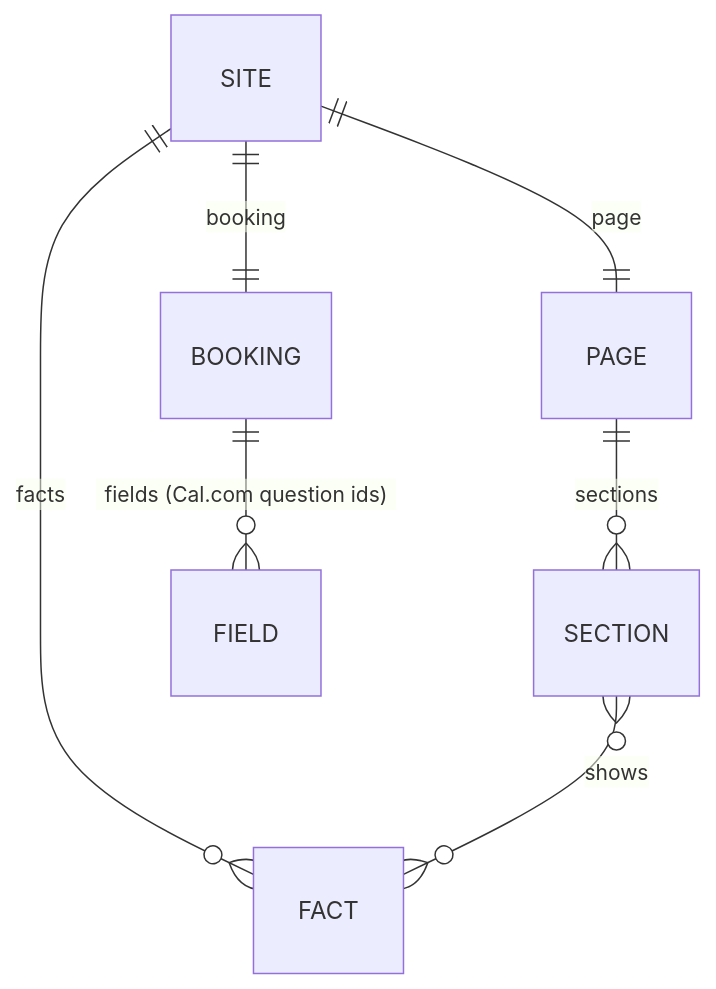
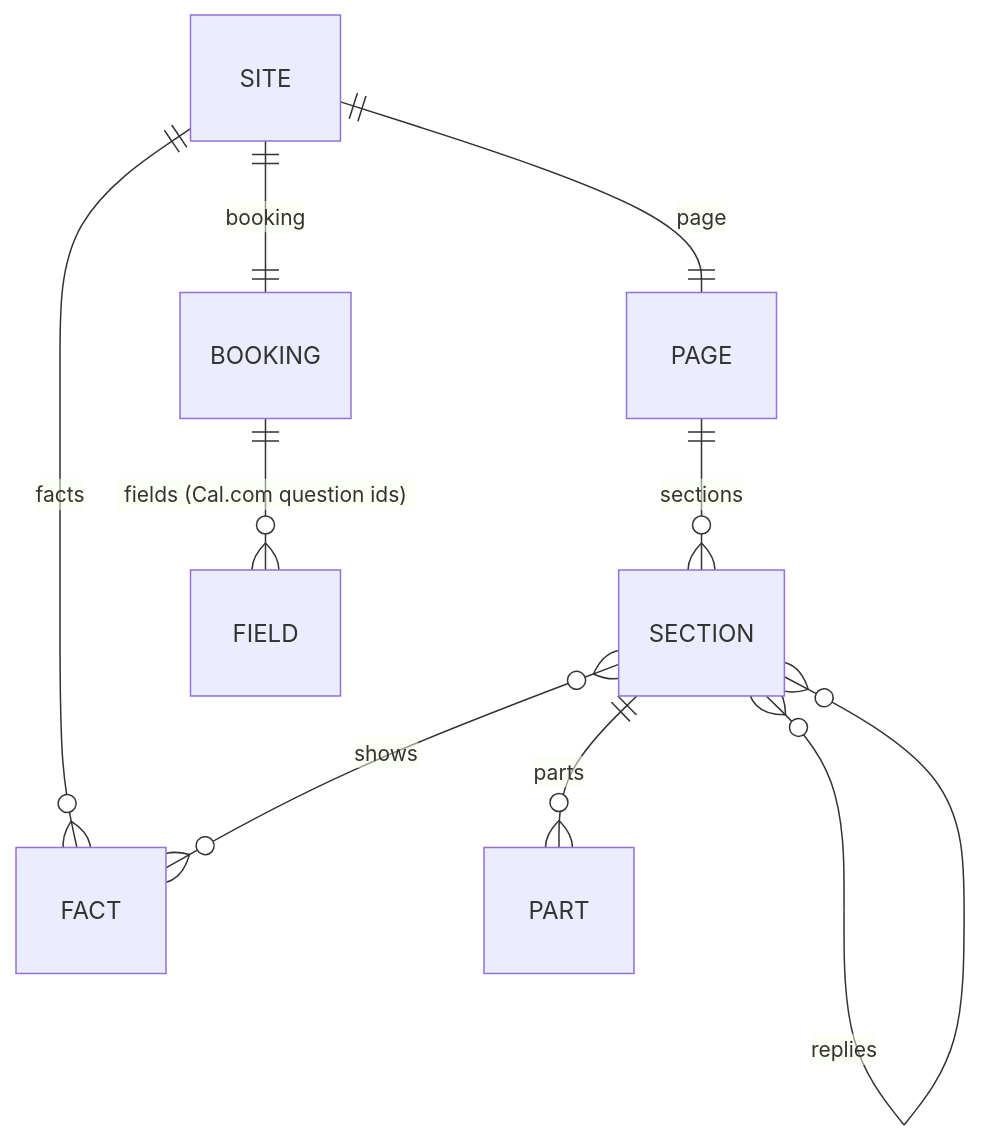
One commit to Rwb3n/rwb3n.github.io changed the diagram in _model/current/data.md. Above: the diagram before and after it, drawn with Mermaid. The commit also changed other lines of this file and 56 other files, not shown here.

````diff
--- a/_model/current/data.md
+++ b/_model/current/data.md
@@ -5,9 +5,11 @@
 ```mermaid
 erDiagram
   SITE ||--o{ FACT : facts
   SITE ||--|| PAGE : page
   PAGE ||--o{ SECTION : sections
+  SECTION ||--o{ PART : parts
+  SECTION }o--o{ SECTION : replies
   SITE ||--|| BOOKING : booking
   BOOKING ||--o{ FIELD : "fields (Cal.com question ids)"
   SECTION }o--o{ FACT : shows
 ```
````
